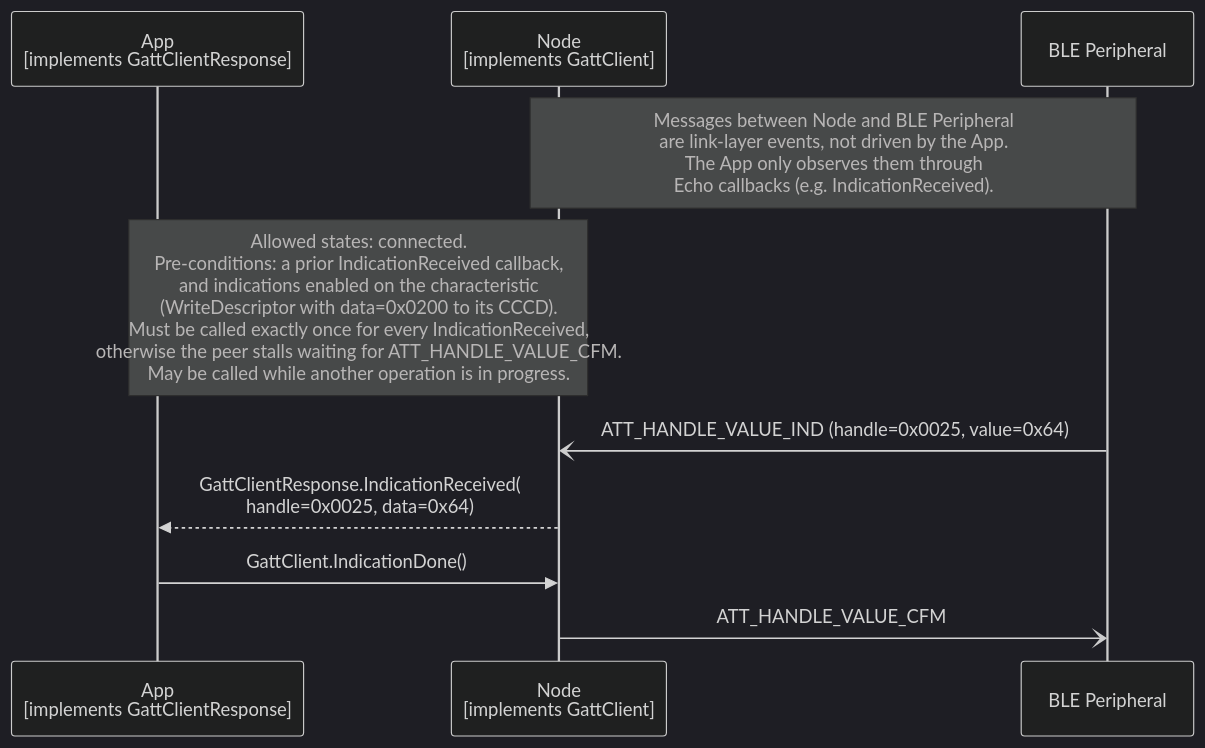
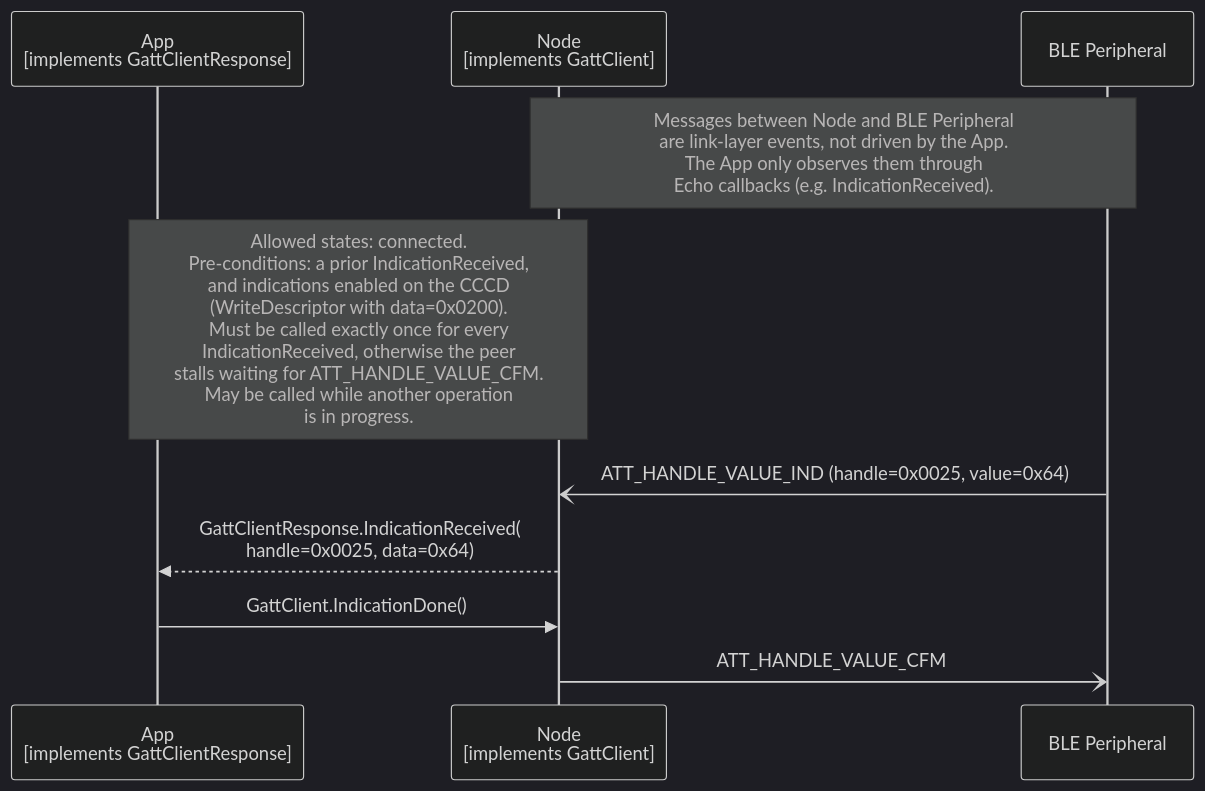
The diagram in documents/modules/ROOT/partials/echoservices/gatt_client/GattClient_IndicationDone_sequence.mmd (philips-software/amp-embedded-infra-lib), drawn with Mermaid (dark theme) before and after one commit. The commit also changed 12 other files, not shown here.

```diff
--- a/documents/modules/ROOT/partials/echoservices/gatt_client/GattClient_IndicationDone_sequence.mmd
+++ b/documents/modules/ROOT/partials/echoservices/gatt_client/GattClient_IndicationDone_sequence.mmd
@@ -1,12 +1,12 @@
 sequenceDiagram
     participant App as App<br>[implements GattClientResponse]
     participant Node as Node<br>[implements GattClient]
     participant Peripheral as BLE Peripheral
 
     Note over Node, Peripheral: Messages between Node and BLE Peripheral<br>are link-layer events, not driven by the App.<br>The App only observes them through<br>Echo callbacks (e.g. IndicationReceived).
-    Note over App, Node: Allowed states: connected.<br>Pre-conditions: a prior IndicationReceived callback,<br>and indications enabled on the characteristic<br>(WriteDescriptor with data=0x0200 to its CCCD).<br>Must be called exactly once for every IndicationReceived,<br>otherwise the peer stalls waiting for ATT_HANDLE_VALUE_CFM.<br>May be called while another operation is in progress.
+    Note over App, Node: Allowed states: connected.<br>Pre-conditions: a prior IndicationReceived,<br>and indications enabled on the CCCD<br>(WriteDescriptor with data=0x0200).<br>Must be called exactly once for every<br>IndicationReceived, otherwise the peer<br>stalls waiting for ATT_HANDLE_VALUE_CFM.<br>May be called while another operation<br>is in progress.
 
     Peripheral-)Node: ATT_HANDLE_VALUE_IND (handle=0x0025, value=0x64)
     Node-->>App: GattClientResponse.IndicationReceived(<br>handle=0x0025, data=0x64)
     App->>Node: GattClient.IndicationDone()
     Node-)Peripheral: ATT_HANDLE_VALUE_CFM
```
